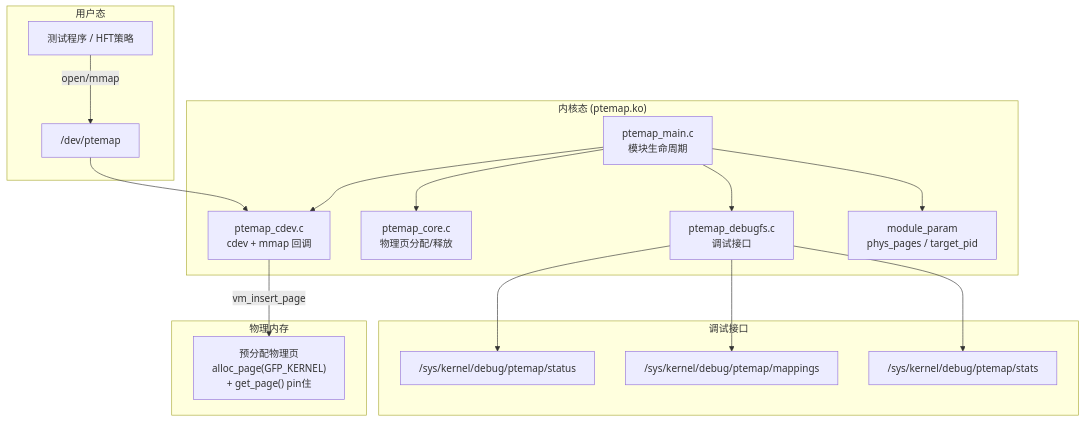
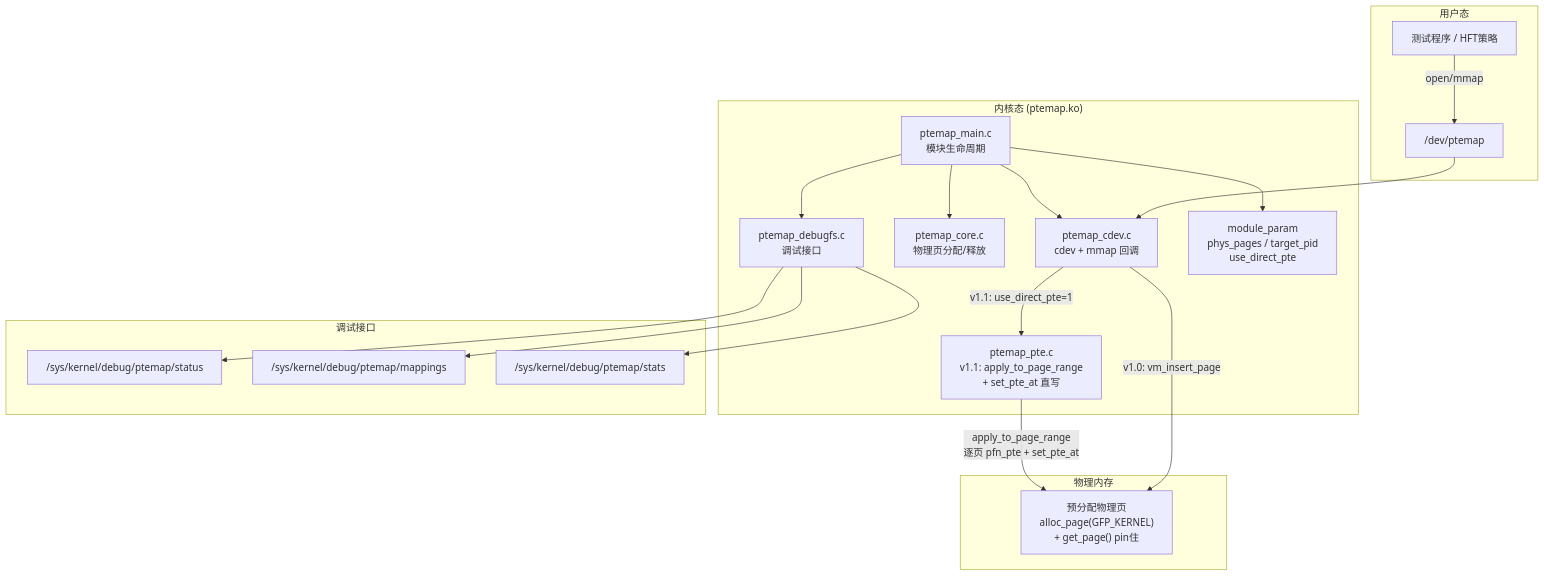
One commit to leafxuzm/Zerofault changed the first of 4 diagrams in README.md. Above: the diagram before and after it, drawn with Mermaid. The commit also changed other lines of this file and 6 other files, not shown here.

````diff
--- a/README.md
+++ b/README.md
@@ -22,35 +23,38 @@
 ```mermaid
 flowchart TB
     subgraph User["用户态"]
         APP[测试程序 / HFT策略]
         DEV["/dev/ptemap"]
     end
 
     subgraph Kernel["内核态 (ptemap.ko)"]
         CDEV[ptemap_cdev.c<br/>cdev + mmap 回调]
+        PTE[ptemap_pte.c<br/>v1.1: apply_to_page_range<br/>+ set_pte_at 直写]
         CORE[ptemap_core.c<br/>物理页分配/释放]
         MAIN[ptemap_main.c<br/>模块生命周期]
         DBGFS[ptemap_debugfs.c<br/>调试接口]
-        PARAM[module_param<br/>phys_pages / target_pid]
+        PARAM[module_param<br/>phys_pages / target_pid<br/>use_direct_pte]
     end
 
     subgraph Debug["调试接口"]
         STATUS["/sys/kernel/debug/ptemap/status"]
         MAPS["/sys/kernel/debug/ptemap/mappings"]
         STATS["/sys/kernel/debug/ptemap/stats"]
     end
 
     subgraph HW["物理内存"]
         PAGES["预分配物理页<br/>alloc_page(GFP_KERNEL)<br/>+ get_page() pin住"]
     end
 
     APP -->|open/mmap| DEV --> CDEV
-    CDEV -->|vm_insert_page| PAGES
+    CDEV -->|"v1.0: vm_insert_page"| PAGES
+    CDEV -->|"v1.1: use_direct_pte=1"| PTE
+    PTE -->|"apply_to_page_range<br/>逐页 pfn_pte + set_pte_at"| PAGES
     MAIN --> PARAM
     MAIN --> CORE
     MAIN --> CDEV
     MAIN --> DBGFS
     DBGFS --> STATUS
     DBGFS --> MAPS
     DBGFS --> STATS
 ```
````
